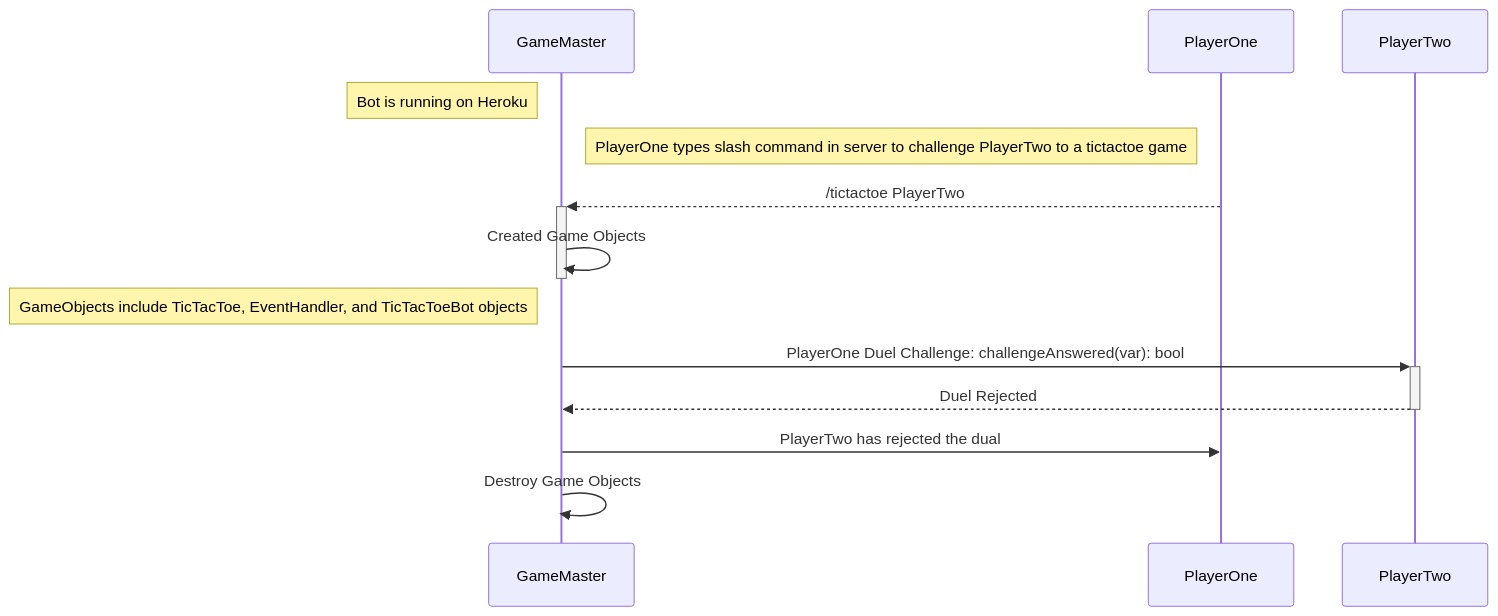
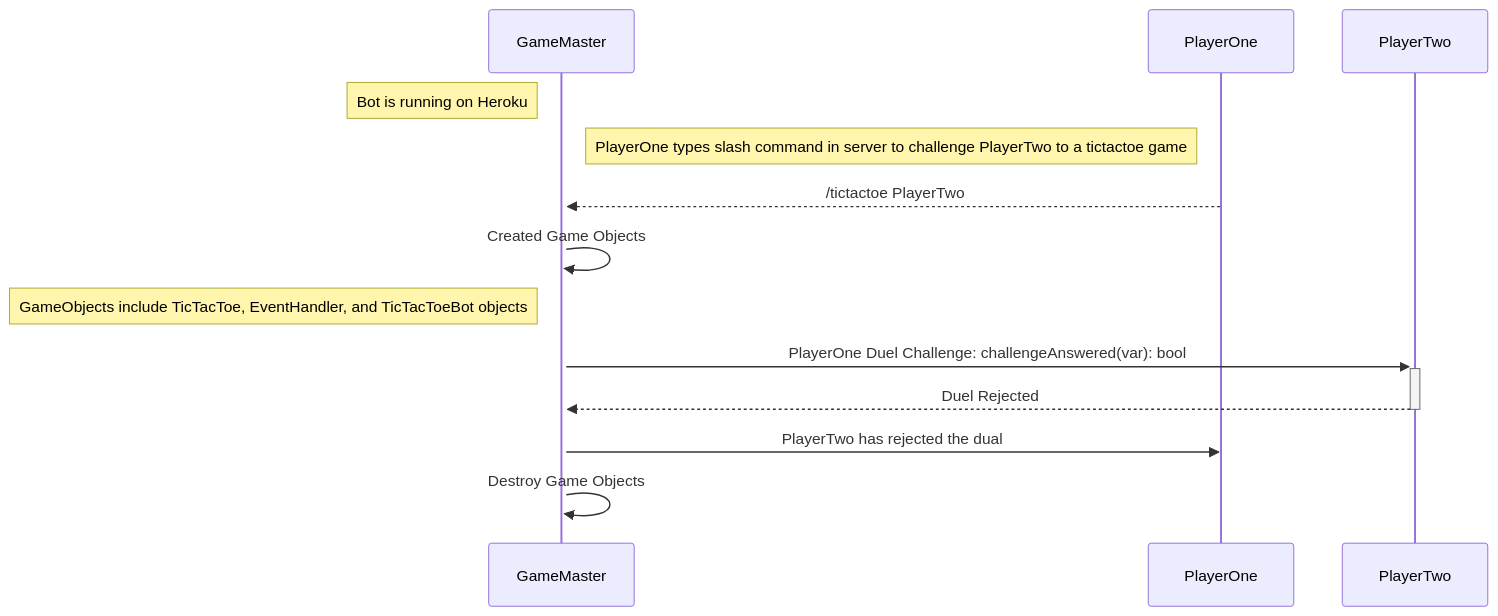
One commit to cis3296f22/GameMaster changed the diagram in uml_Sequence_RejectDuel.md. Above: the diagram before and after it, drawn with Mermaid.

Commit message:
Updated diagram - still needs work
Want to get feedback for diagram.

````diff
--- a/uml_Sequence_RejectDuel.md
+++ b/uml_Sequence_RejectDuel.md
@@ -3,17 +3,17 @@
 ```mermaid
 sequenceDiagram
   
     participant GameMaster as GameMaster
     participant PlayerOne as PlayerOne
     participant PlayerTwo as PlayerTwo
     Note left of GameMaster: Bot is running on Heroku
     Note left of PlayerOne: PlayerOne types slash command in server to challenge PlayerTwo to a tictactoe game
     PlayerOne-->>+GameMaster: /tictactoe PlayerTwo
-    GameMaster->>-GameMaster: Created Game Objects
+    GameMaster->>GameMaster: Created Game Objects
     Note left of GameMaster: GameObjects include TicTacToe, EventHandler, and TicTacToeBot objects
     GameMaster->>+PlayerTwo: PlayerOne Duel Challenge: challengeAnswered(var): bool
     PlayerTwo-->>-GameMaster: Duel Rejected
     GameMaster->>PlayerOne: PlayerTwo has rejected the dual
     GameMaster->>+GameMaster: Destroy Game Objects
     
 ```
````
